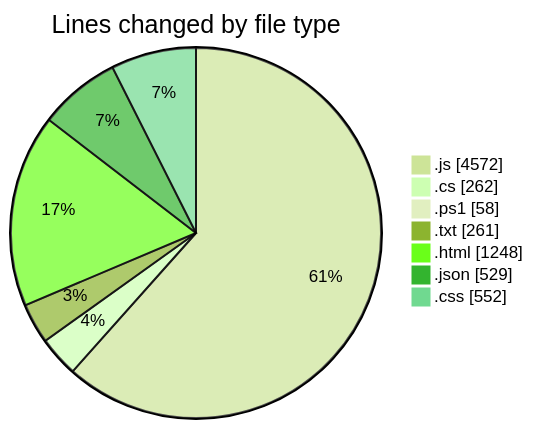
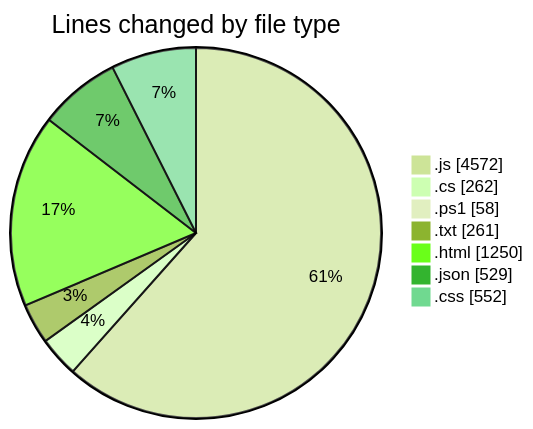
One commit to becaeroporto-bot/code-tracking changed the first of 2 diagrams in 2026-02-17/bot_v1_2/README.md. Above: the diagram before and after it, drawn with Mermaid (forest theme). The commit also changed other lines of this file and 1 other file, not shown here.

````diff
--- a/2026-02-17/bot_v1_2/README.md
+++ b/2026-02-17/bot_v1_2/README.md
@@ -38,11 +38,11 @@
 ```mermaid
 pie showData
 title Lines changed by file type
 ".js" : 4572
 ".cs" : 262
 ".ps1" : 58
 ".txt" : 261
-".html" : 1248
+".html" : 1250
 ".json" : 529
 ".css" : 552
 ```
````
